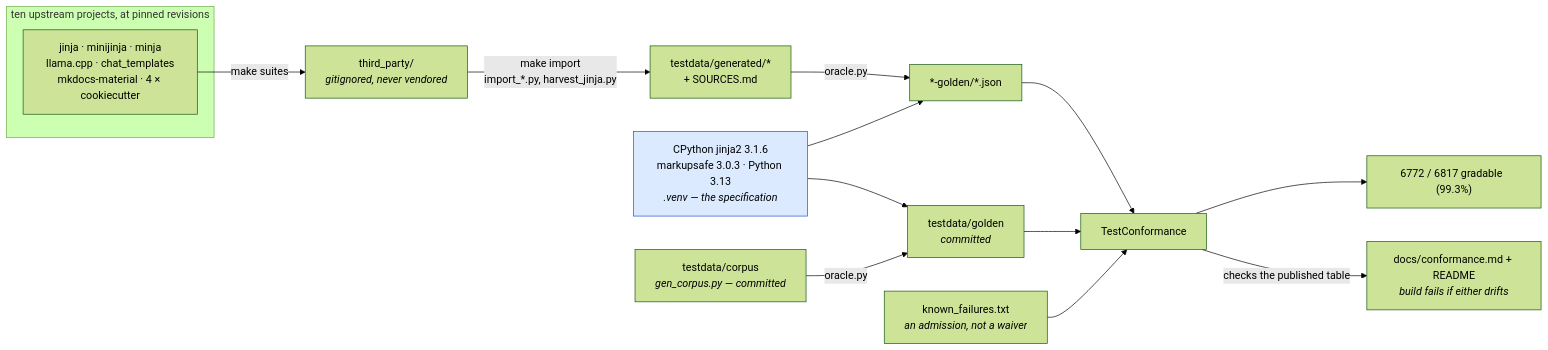
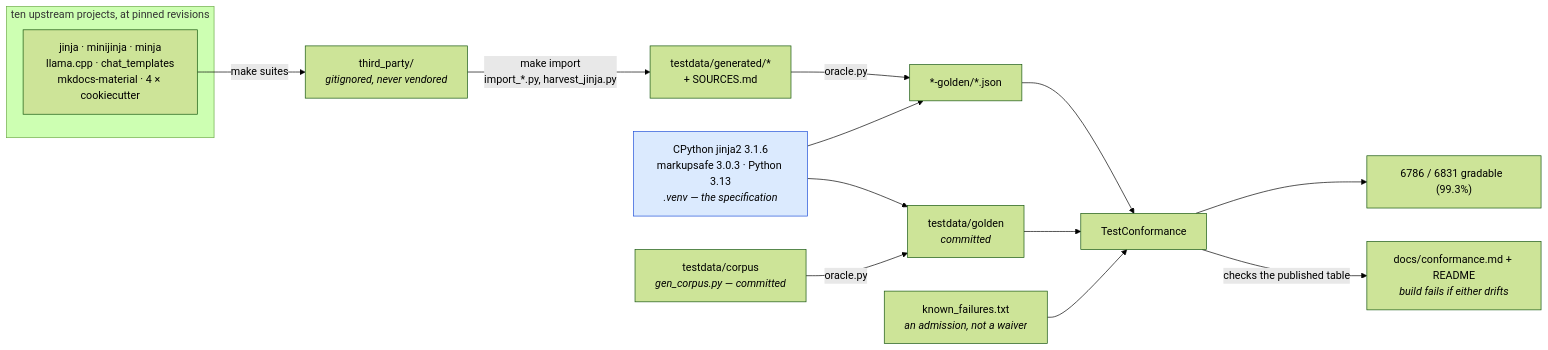
The first of 2 diagrams in docs/conformance.md (mgilbir/gojja2), drawn with Mermaid (forest theme) before and after one commit. The commit also changed other lines of this file and 46 other files, not shown here.

````diff
--- a/docs/conformance.md
+++ b/docs/conformance.md
@@ -17,24 +17,24 @@
 ```mermaid
 flowchart LR
     subgraph up["ten upstream projects, at pinned revisions"]
         U1["jinja · minijinja · minja<br/>llama.cpp · chat_templates<br/>mkdocs-material · 4 × cookiecutter"]
     end
     U1 -->|"make suites"| TP["third_party/<br/><i>gitignored, never vendored</i>"]
     TP -->|"make import<br/>import_*.py, harvest_jinja.py"| GEN["testdata/generated/*<br/>+ SOURCES.md"]
 
     ORA["CPython jinja2 3.1.6<br/>markupsafe 3.0.3 · Python 3.13<br/><i>.venv — the specification</i>"]
     GEN -->|"oracle.py"| G2["*-golden/*.json"]
     ORA --> G2
 
     OWN["testdata/corpus<br/><i>gen_corpus.py — committed</i>"] -->|"oracle.py"| G1["testdata/golden<br/><i>committed</i>"]
     ORA --> G1
 
     G1 --> TC["TestConformance"]
     G2 --> TC
     KF["known_failures.txt<br/><i>an admission, not a waiver</i>"] --> TC
-    TC --> RATE["6772 / 6817 gradable  (99.3%)"]
+    TC --> RATE["6786 / 6831 gradable  (99.3%)"]
     TC -->|"checks the published table"| RM["docs/conformance.md + README<br/><i>build fails if either drifts</i>"]
 
     classDef spec fill:#dbeafe,stroke:#1d4ed8,color:#000
     class ORA spec
 ```
````
